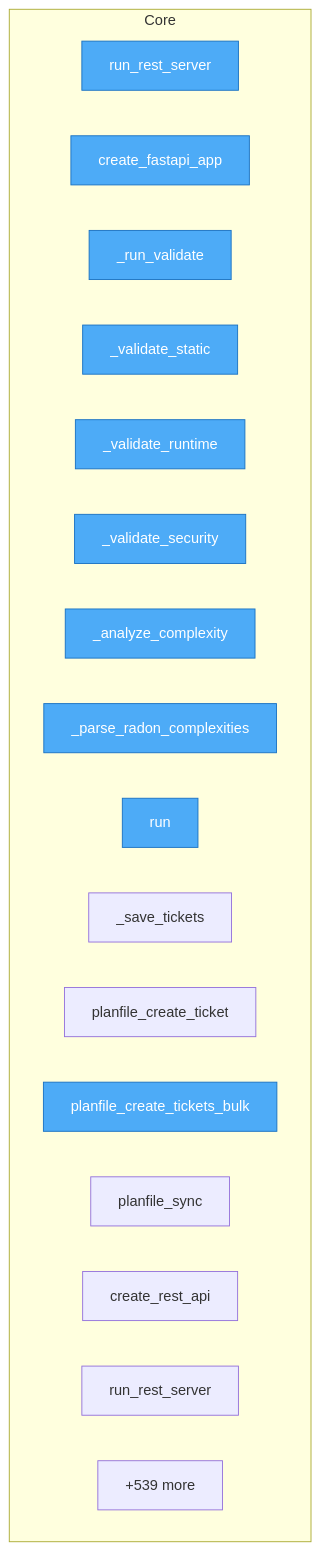
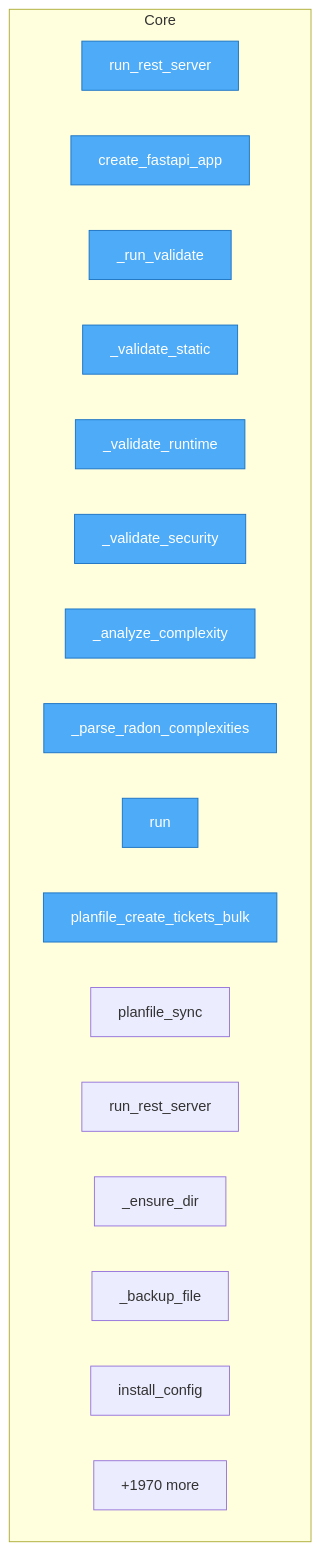
One commit to semcod/algitex changed the diagram in project/flow.mmd. Above: the diagram before and after it, drawn with Mermaid. The commit also changed 33 other files, not shown here.

```diff
--- a/project/flow.mmd
+++ b/project/flow.mmd
@@ -1,25 +1,25 @@
 flowchart TD
 
     %% Entry points (blue)
     classDef entry fill:#4dabf7,stroke:#1971c2,color:#fff
 
     subgraph Core
-        docker__aider_mcp__aider_mcp_server__run_rest_server["run_rest_server"]
-        docker__vallm__vallm_server__VallmServer__create_fastapi_app["create_fastapi_app"]
-        docker__vallm__vallm_server__VallmServer___run_validate["_run_validate"]
-        docker__vallm__vallm_server__VallmServer___validate_static["_validate_static"]
-        docker__vallm__vallm_server__VallmServer___validate_runtime["_validate_runtime"]
-        docker__vallm__vallm_server__VallmServer___validate_security["_validate_security"]
-        docker__vallm__vallm_server__VallmServer___analyze_complexity["_analyze_complexity"]
-        docker__vallm__vallm_server__VallmServer___parse_radon_complexities["_parse_radon_complexities"]
-        docker__vallm__vallm_server__VallmServer__run["run"]
-        docker__planfile_mcp__planfile_mcp_server___save_tickets["_save_tickets"]
-        docker__planfile_mcp__planfile_mcp_server__planfile_create_ticket["planfile_create_ticket"]
-        docker__planfile_mcp__planfile_mcp_server__planfile_create_tickets_bulk["planfile_create_tickets_bulk"]
-        docker__planfile_mcp__planfile_mcp_server__planfile_sync["planfile_sync"]
-        docker__planfile_mcp__planfile_mcp_server__create_rest_api["create_rest_api"]
-        docker__planfile_mcp__planfile_mcp_server__run_rest_server["run_rest_server"]
-        ...["+539 more"]
+        N___algitex__backups__batch_20260328_142940__docker__aider_mcp__aider_mcp_server__run_rest_server["run_rest_server"]
+        N___algitex__backups__batch_20260328_142940__docker__vallm__vallm_server__VallmServer__create_fastapi_app["create_fastapi_app"]
+        N___algitex__backups__batch_20260328_142940__docker__vallm__vallm_server__VallmServer___run_validate["_run_validate"]
+        N___algitex__backups__batch_20260328_142940__docker__vallm__vallm_server__VallmServer___validate_static["_validate_static"]
+        N___algitex__backups__batch_20260328_142940__docker__vallm__vallm_server__VallmServer___validate_runtime["_validate_runtime"]
+        N___algitex__backups__batch_20260328_142940__docker__vallm__vallm_server__VallmServer___validate_security["_validate_security"]
+        N___algitex__backups__batch_20260328_142940__docker__vallm__vallm_server__VallmServer___analyze_complexity["_analyze_complexity"]
+        N___algitex__backups__batch_20260328_142940__docker__vallm__vallm_server__VallmServer___parse_radon_complexities["_parse_radon_complexities"]
+        N___algitex__backups__batch_20260328_142940__docker__vallm__vallm_server__VallmServer__run["run"]
+        N___algitex__backups__batch_20260328_142940__docker__planfile_mcp__planfile_mcp_server__planfile_create_tickets_bulk["planfile_create_tickets_bulk"]
+        N___algitex__backups__batch_20260328_142940__docker__planfile_mcp__planfile_mcp_server__planfile_sync["planfile_sync"]
+        N___algitex__backups__batch_20260328_142940__docker__planfile_mcp__planfile_mcp_server__run_rest_server["run_rest_server"]
+        N___algitex__backups__batch_20260328_142940__src__algitex__tools__config__ConfigManager___ensure_dir["_ensure_dir"]
+        N___algitex__backups__batch_20260328_142940__src__algitex__tools__config__ConfigManager___backup_file["_backup_file"]
+        N___algitex__backups__batch_20260328_142940__src__algitex__tools__config__ConfigManager__install_config["install_config"]
+        ...["+1970 more"]
     end
 
-    class docker__aider_mcp__aider_mcp_server__run_rest_server,docker__vallm__vallm_server__VallmServer__create_fastapi_app,docker__vallm__vallm_server__VallmServer___run_validate,docker__vallm__vallm_server__VallmServer___validate_static,docker__vallm__vallm_server__VallmServer___validate_runtime,docker__vallm__vallm_server__VallmServer___validate_security,docker__vallm__vallm_server__VallmServer___analyze_complexity,docker__vallm__vallm_server__VallmServer___parse_radon_complexities,docker__vallm__vallm_server__VallmServer__run,docker__planfile_mcp__planfile_mcp_server__planfile_create_tickets_bulk entry
+    class N___algitex__backups__batch_20260328_142940__docker__aider_mcp__aider_mcp_server__run_rest_server,N___algitex__backups__batch_20260328_142940__docker__vallm__vallm_server__VallmServer__create_fastapi_app,N___algitex__backups__batch_20260328_142940__docker__vallm__vallm_server__VallmServer___run_validate,N___algitex__backups__batch_20260328_142940__docker__vallm__vallm_server__VallmServer___validate_static,N___algitex__backups__batch_20260328_142940__docker__vallm__vallm_server__VallmServer___validate_runtime,N___algitex__backups__batch_20260328_142940__docker__vallm__vallm_server__VallmServer___validate_security,N___algitex__backups__batch_20260328_142940__docker__vallm__vallm_server__VallmServer___analyze_complexity,N___algitex__backups__batch_20260328_142940__docker__vallm__vallm_server__VallmServer___parse_radon_complexities,N___algitex__backups__batch_20260328_142940__docker__vallm__vallm_server__VallmServer__run,N___algitex__backups__batch_20260328_142940__docker__planfile_mcp__planfile_mcp_server__planfile_create_tickets_bulk entry
```
